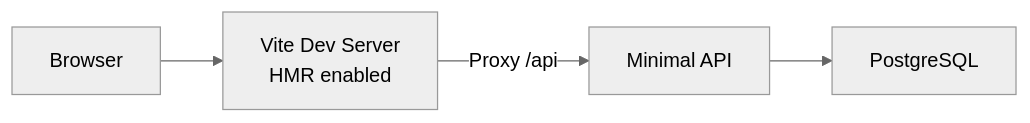
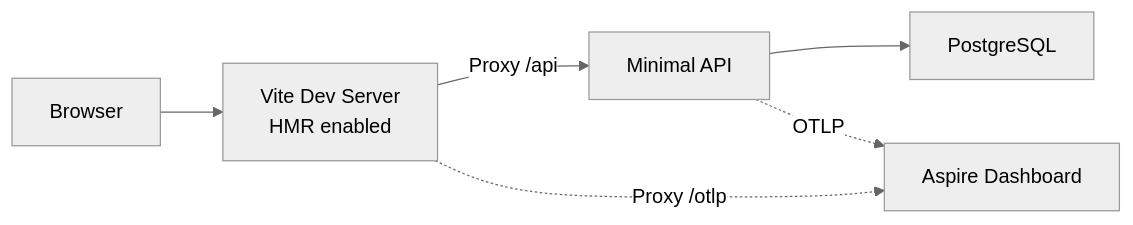
One commit to microsoft/aspire-samples changed the first of 2 diagrams in samples/vite-csharp-postgres/README.md. Above: the diagram before and after it, drawn with Mermaid (neutral theme). The commit also changed other lines of this file and 44 other files, not shown here.

First line of the commit message:
vite-csharp-postgres: Contoso Service Desk with browser-to-Postgres traces, domain telemetry, OpenAPI/Scalar, and dashboard commands

````diff
--- a/samples/vite-csharp-postgres/README.md
+++ b/samples/vite-csharp-postgres/README.md
@@ -11,6 +13,8 @@
 ```mermaid
 flowchart LR
     Browser --> Vite[Vite Dev Server<br/>HMR enabled]
     Vite -->|Proxy /api| API[Minimal API]
     API --> PostgreSQL
+    Vite -.->|Proxy /otlp| Dashboard[Aspire Dashboard]
+    API -.->|OTLP| Dashboard
 ```
````
